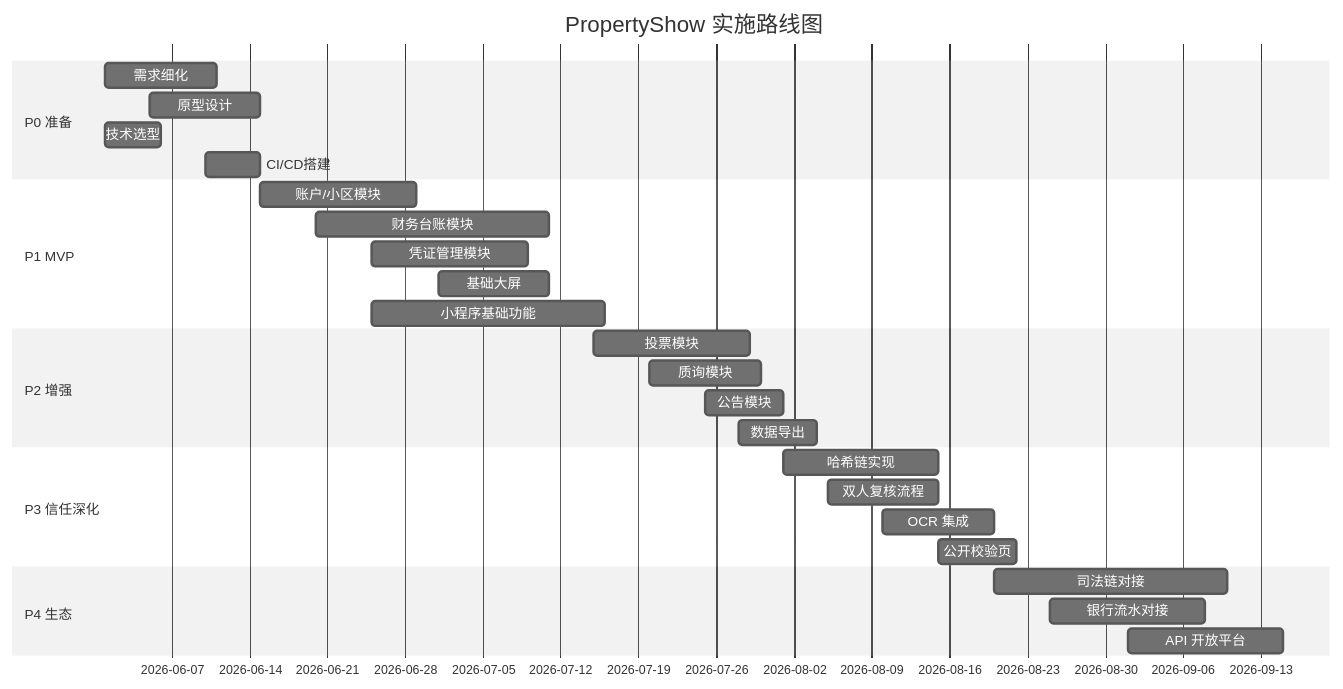
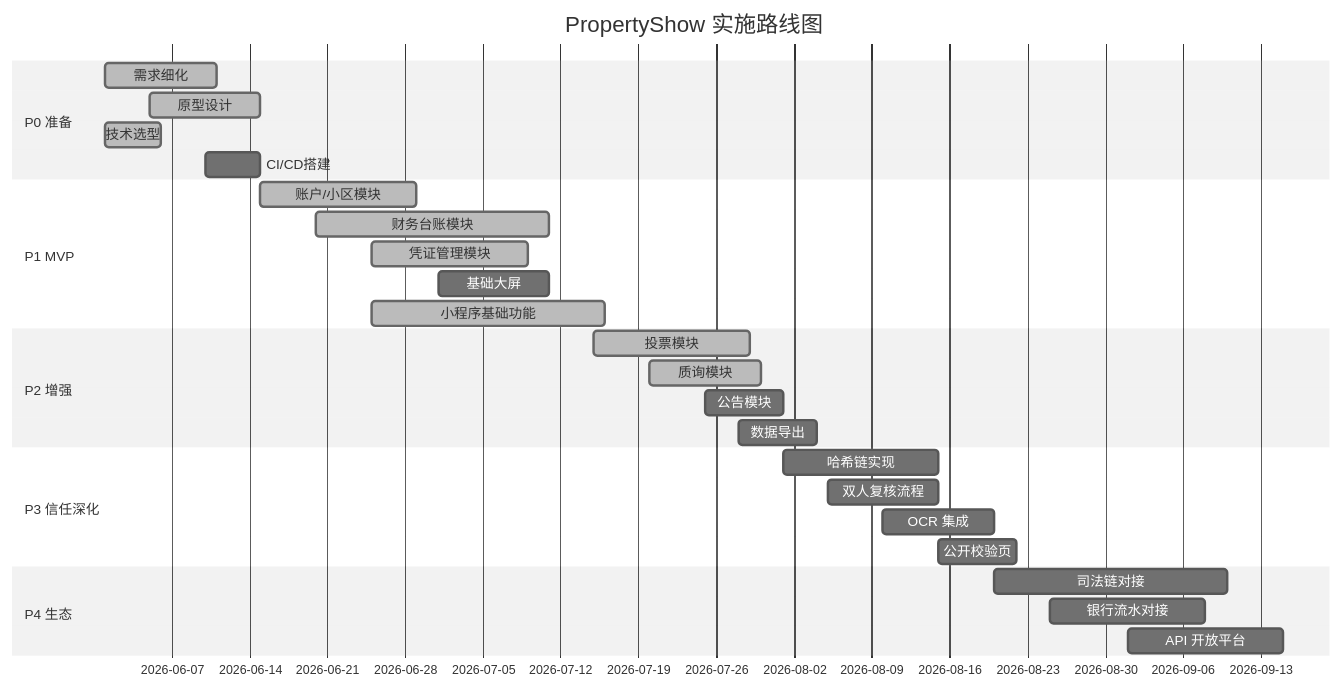
Before and after one commit to StupidStudentInSchool/PropertyShow: diagram 14 of 14 in docs/system-design.md, drawn with Mermaid (neutral theme). The commit also changed other lines of this file and 49 other files, not shown here.

````diff
--- a/docs/system-design.md
+++ b/docs/system-design.md
@@ -1341,34 +1346,34 @@
 ```mermaid
 gantt
     title PropertyShow 实施路线图
     dateFormat  YYYY-MM-DD
     section P0 准备
-    需求细化           :2026-06-01, 10d
-    原型设计           :2026-06-05, 10d
-    技术选型           :2026-06-01, 5d
+    需求细化           :done, 2026-06-01, 10d
+    原型设计           :done, 2026-06-05, 10d
+    技术选型           :done, 2026-06-01, 5d
     CI/CD搭建          :2026-06-10, 5d
 
     section P1 MVP
-    账户/小区模块       :2026-06-15, 14d
-    财务台账模块       :2026-06-20, 21d
-    凭证管理模块       :2026-06-25, 14d
+    账户/小区模块       :done, 2026-06-15, 14d
+    财务台账模块       :done, 2026-06-20, 21d
+    凭证管理模块       :done, 2026-06-25, 14d
     基础大屏           :2026-07-01, 10d
-    小程序基础功能     :2026-06-25, 21d
+    小程序基础功能     :done, 2026-06-25, 21d
 
     section P2 增强
-    投票模块           :2026-07-15, 14d
-    质询模块           :2026-07-20, 10d
+    投票模块           :done, 2026-07-15, 14d
+    质询模块           :done, 2026-07-20, 10d
     公告模块           :2026-07-25, 7d
     数据导出           :2026-07-28, 7d
 
     section P3 信任深化
     哈希链实现         :2026-08-01, 14d
     双人复核流程       :2026-08-05, 10d
     OCR 集成           :2026-08-10, 10d
     公开校验页         :2026-08-15, 7d
 
     section P4 生态
     司法链对接         :2026-08-20, 21d
     银行流水对接       :2026-08-25, 14d
     API 开放平台       :2026-09-01, 14d
 ```
````
